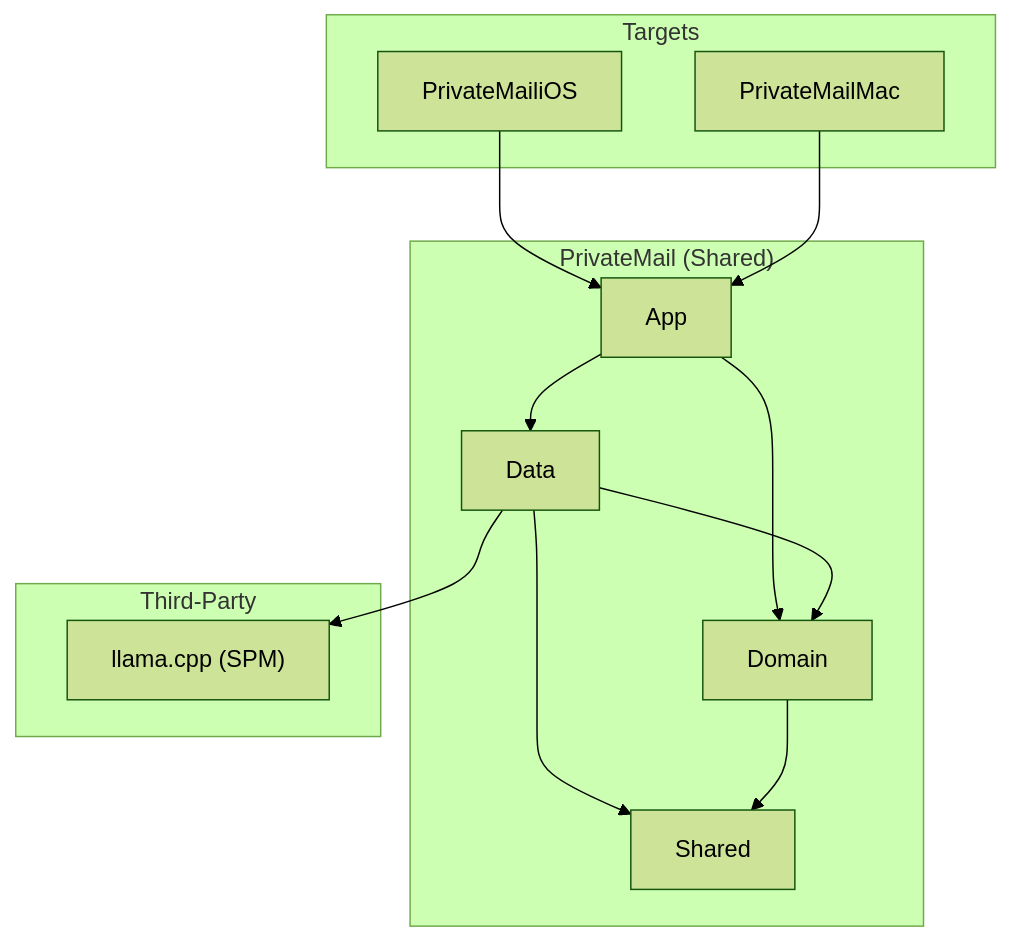
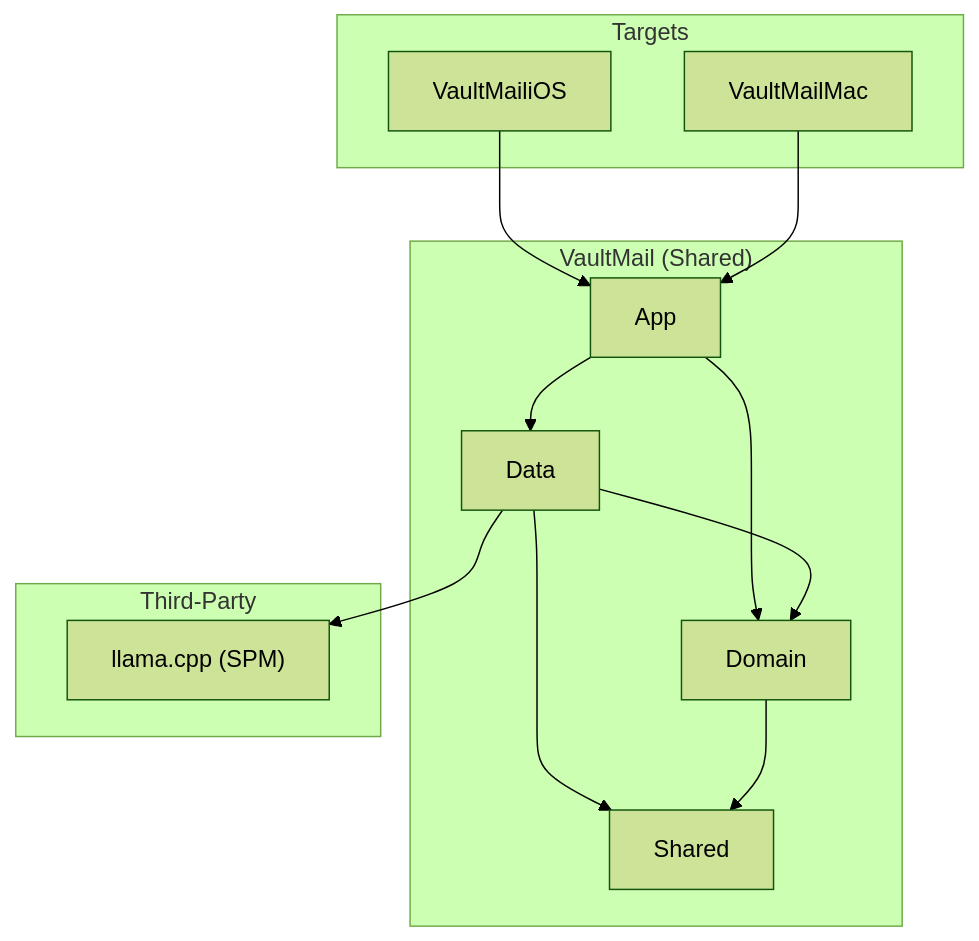
Before and after one commit to VishnuBishnoi/VaultMail: the first of 2 diagrams in docs/features/foundation/ios-macos/plan.md, drawn with Mermaid (forest theme). The commit also changed other lines of this file and 343 other files, not shown here.

First line of the commit message:
Rename PrivateMail → VaultMail + audit fixes

````diff
--- a/docs/features/foundation/ios-macos/plan.md
+++ b/docs/features/foundation/ios-macos/plan.md
@@ -99,27 +99,27 @@
 ```mermaid
 graph TD
     subgraph Targets
-        iOS["PrivateMailiOS"]
-        Mac["PrivateMailMac"]
+        iOS["VaultMailiOS"]
+        Mac["VaultMailMac"]
     end
 
-    subgraph SharedFramework["PrivateMail (Shared)"]
+    subgraph SharedFramework["VaultMail (Shared)"]
         App["App"]
         Domain["Domain"]
         Data["Data"]
         Shared["Shared"]
     end
 
     subgraph ExternalDeps["Third-Party"]
         LlamaCpp["llama.cpp (SPM)"]
     end
 
     iOS --> App
     Mac --> App
     App --> Domain
     App --> Data
     Data --> Domain
     Data --> LlamaCpp
     Data --> Shared
     Domain --> Shared
 ```
````
